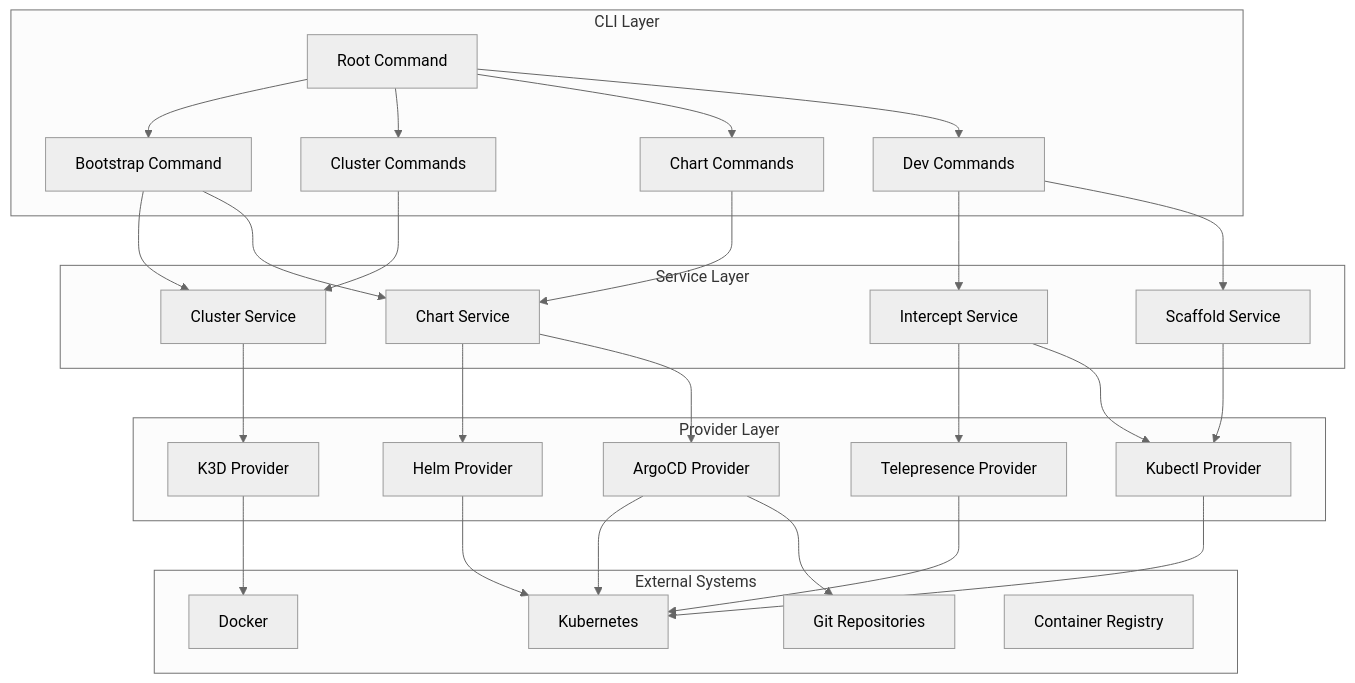
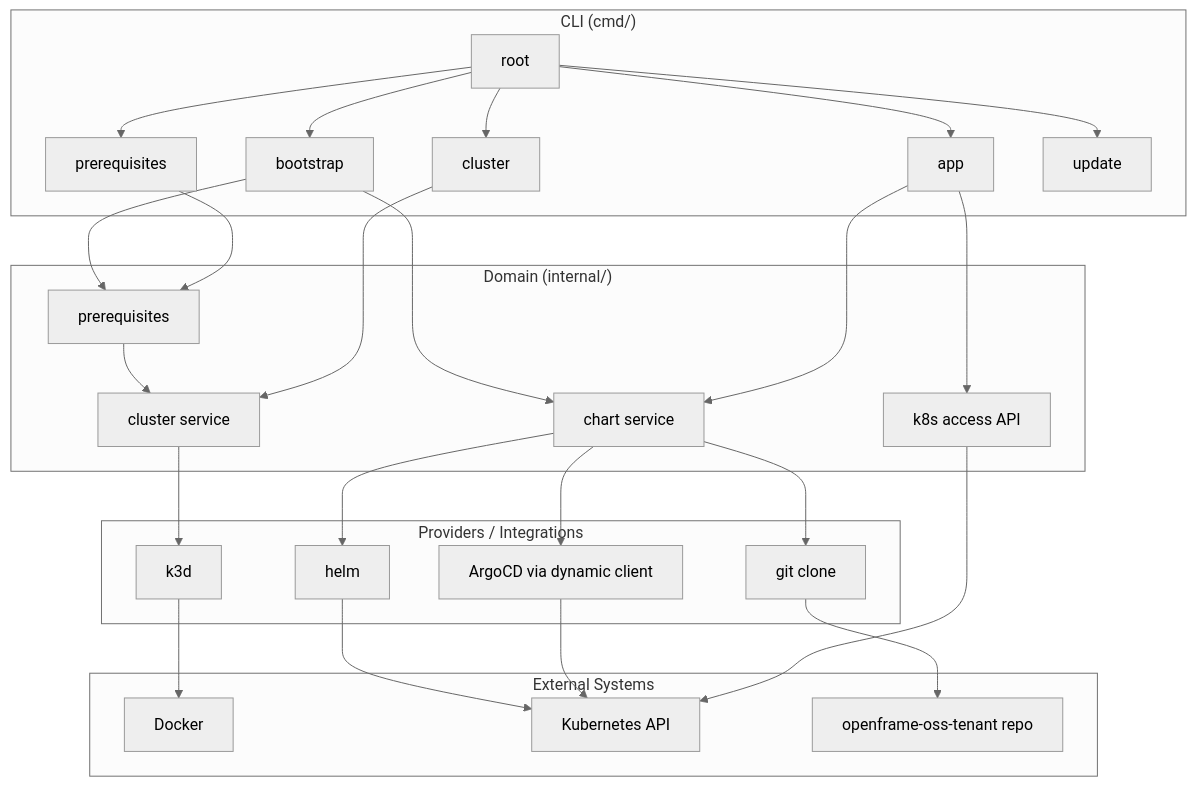
Before and after one commit to flamingo-stack/openframe-cli: the first of 2 diagrams in docs/architecture/overview.md, drawn with Mermaid (neutral theme). The commit also changed other lines of this file and 15 other files, not shown here.

````diff
--- a/docs/architecture/overview.md
+++ b/docs/architecture/overview.md
@@ -11,58 +13,45 @@
 ```mermaid
 graph TB
-    subgraph "CLI Layer"
-        Root[Root Command]
-        Bootstrap[Bootstrap Command]
-        Cluster[Cluster Commands]
-        Chart[Chart Commands] 
-        Dev[Dev Commands]
+    subgraph "CLI (cmd/)"
+        Root[root]
+        Bootstrap[bootstrap]
+        Cluster[cluster]
+        App[app]
+        Prereq[prerequisites]
+        Update[update]
     end
-    
-    subgraph "Service Layer"
-        ClusterSvc[Cluster Service]
-        ChartSvc[Chart Service]
-        InterceptSvc[Intercept Service]
-        ScaffoldSvc[Scaffold Service]
+
+    subgraph "Domain (internal/)"
+        ClusterSvc[cluster service]
+        ChartSvc[chart service]
+        K8sAccess[k8s access API]
+        PrereqSvc[prerequisites]
     end
-    
-    subgraph "Provider Layer"
-        K3D[K3D Provider]
-        Helm[Helm Provider]
-        ArgoCD[ArgoCD Provider]
-        Telepresence[Telepresence Provider]
-        Kubectl[Kubectl Provider]
+
+    subgraph "Providers / Integrations"
+        K3D[k3d]
+        Helm[helm]
+        ArgoCD[ArgoCD via dynamic client]
+        Git[git clone]
     end
-    
+
     subgraph "External Systems"
         Docker[Docker]
-        K8s[Kubernetes]
-        Git[Git Repositories]
-        Registry[Container Registry]
+        K8s[Kubernetes API]
+        Repo[openframe-oss-tenant repo]
     end
-    
-    Root --> Bootstrap
-    Root --> Cluster
-    Root --> Chart
-    Root --> Dev
-    
-    Bootstrap --> ClusterSvc
+
+    Root --> Bootstrap & Cluster & App & Prereq & Update
+    Bootstrap --> PrereqSvc --> ClusterSvc
     Bootstrap --> ChartSvc
     Cluster --> ClusterSvc
-    Chart --> ChartSvc
-    Dev --> InterceptSvc
-    Dev --> ScaffoldSvc
-    
-    ClusterSvc --> K3D
-    ChartSvc --> Helm
-    ChartSvc --> ArgoCD
-    InterceptSvc --> Telepresence
-    InterceptSvc --> Kubectl
-    ScaffoldSvc --> Kubectl
-    
-    K3D --> Docker
-    Helm --> K8s
-    ArgoCD --> K8s
-    ArgoCD --> Git
-    Telepresence --> K8s
-    Kubectl --> K8s
+    App --> ChartSvc
+    App --> K8sAccess
+    Prereq --> PrereqSvc
+
+    ClusterSvc --> K3D --> Docker
+    ChartSvc --> Git --> Repo
+    ChartSvc --> Helm --> K8s
+    ChartSvc --> ArgoCD --> K8s
+    K8sAccess --> K8s
 ```
````
